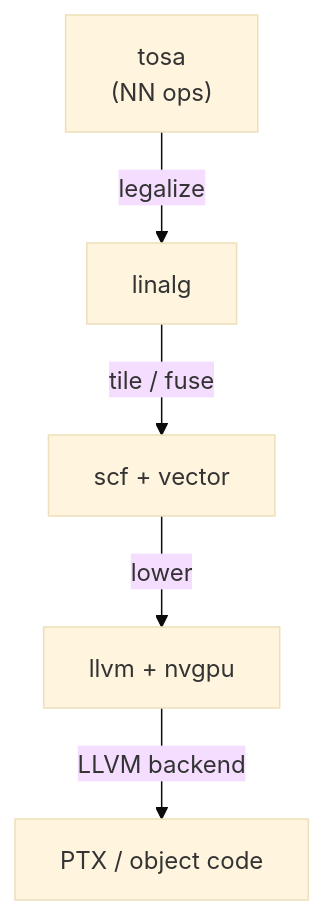
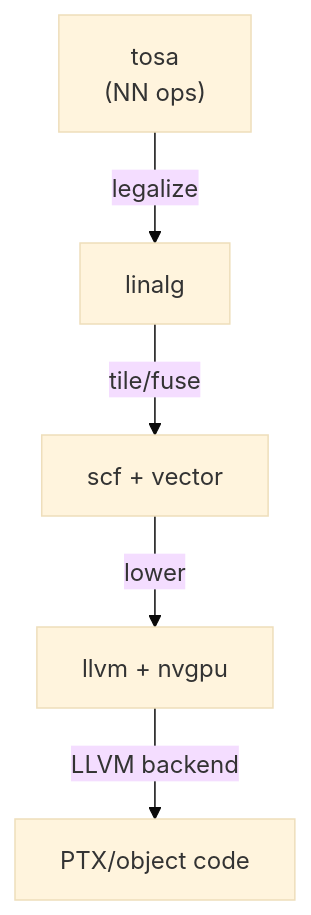
One commit to CSc-81010-Spring-2026/DL-Compilers changed the fourth of 4 diagrams in dl_compilers.md. Above: the diagram before and after it, drawn with Mermaid (base theme). The commit also changed other lines of this file, not shown here.

````diff
--- a/dl_compilers.md
+++ b/dl_compilers.md
@@ -443,7 +443,7 @@
 ```mermaid
 graph TD
   tosa["tosa\n(NN ops)"] -->|legalize| linalg[linalg]
-  linalg -->|tile / fuse| scfvec["scf + vector"]
+  linalg -->|tile/fuse| scfvec["scf + vector"]
   scfvec -->|lower| llvmgpu["llvm + nvgpu"]
-  llvmgpu -->|LLVM backend| target["PTX / object code"]
+  llvmgpu -->|LLVM backend| target["PTX/object code"]
 ```
````
